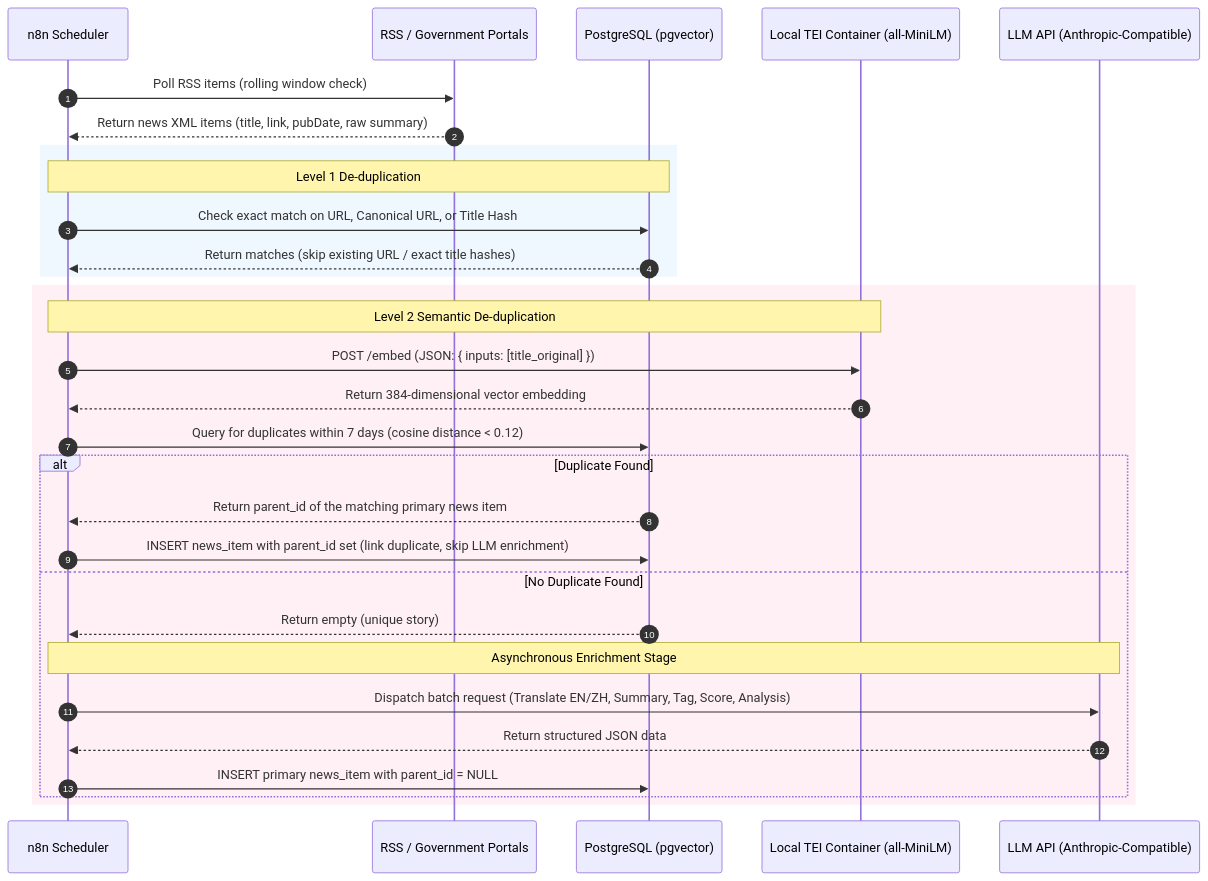
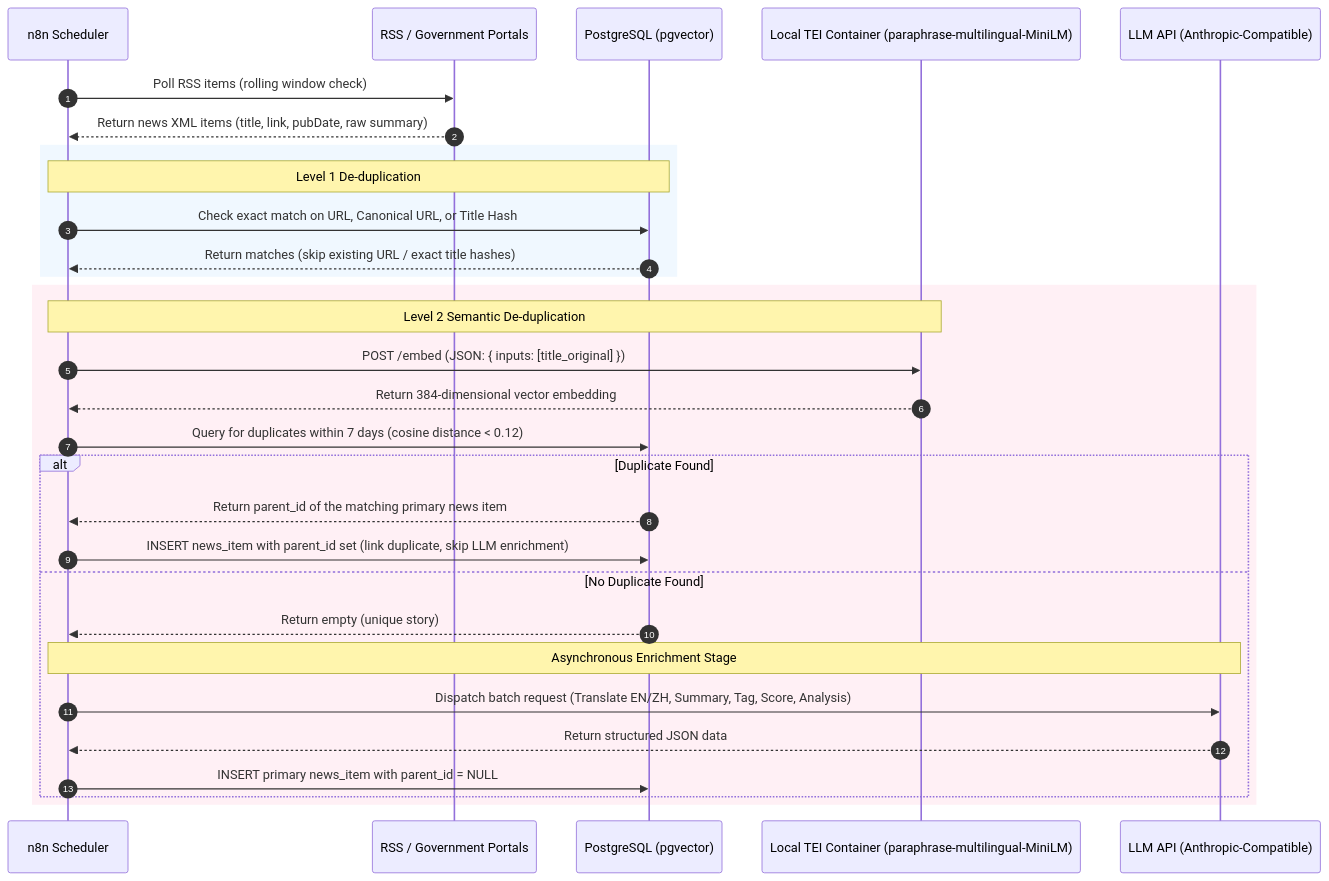
The second of 2 diagrams in docs/Architecture.md (availlogic/immi_pulse), drawn with Mermaid before and after one commit. The commit also changed other lines of this file and 14 other files, not shown here.

````diff
--- a/docs/Architecture.md
+++ b/docs/Architecture.md
@@ -92,35 +92,35 @@
 ```mermaid
 sequenceDiagram
     autonumber
     participant Cron as n8n Scheduler
     participant Source as RSS / Government Portals
     participant DB as PostgreSQL (pgvector)
-    participant TEI as Local TEI Container (all-MiniLM)
+    participant TEI as Local TEI Container (paraphrase-multilingual-MiniLM)
     participant LLM as LLM API (Anthropic-Compatible)
     
     Cron->>Source: Poll RSS items (rolling window check)
     Source-->>Cron: Return news XML items (title, link, pubDate, raw summary)
     
     rect rgb(240, 248, 255)
     Note over Cron, DB: Level 1 De-duplication
     Cron->>DB: Check exact match on URL, Canonical URL, or Title Hash
     DB-->>Cron: Return matches (skip existing URL / exact title hashes)
     end
     
     rect rgb(255, 240, 245)
     Note over Cron, TEI: Level 2 Semantic De-duplication
     Cron->>TEI: POST /embed (JSON: { inputs: [title_original] })
     TEI-->>Cron: Return 384-dimensional vector embedding
     Cron->>DB: Query for duplicates within 7 days (cosine distance < 0.12)
     alt Duplicate Found
         DB-->>Cron: Return parent_id of the matching primary news item
         Cron->>DB: INSERT news_item with parent_id set (link duplicate, skip LLM enrichment)
     else No Duplicate Found
         DB-->>Cron: Return empty (unique story)
         Note over Cron, LLM: Asynchronous Enrichment Stage
         Cron->>LLM: Dispatch batch request (Translate EN/ZH, Summary, Tag, Score, Analysis)
         LLM-->>Cron: Return structured JSON data
         Cron->>DB: INSERT primary news_item with parent_id = NULL
     end
     end
 ```
````
